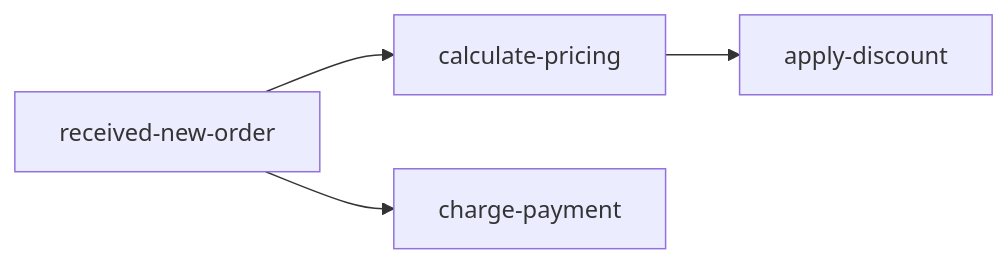
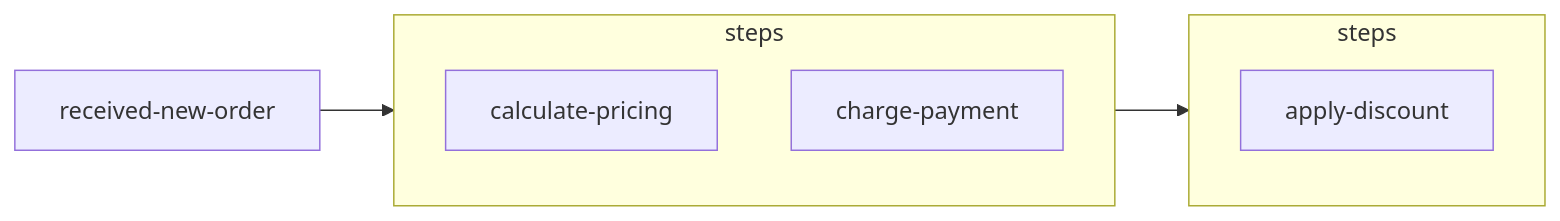
The diagram in README.md (sharetech-labs/logtree), drawn with Mermaid before and after one commit. The commit also changed 2 other files, not shown here.

````diff
--- a/README.md
+++ b/README.md
@@ -73,10 +73,15 @@
 ```mermaid
 graph LR
     root["received-new-order"]
-    n1["calculate-pricing"]
-    n2["apply-discount"]
-    n3["charge-payment"]
-    root --> n1
-    root --> n3
-    n1 --> n2
+    subgraph sg_root["steps"]
+        direction TB
+        n1["calculate-pricing"]
+        n3["charge-payment"]
+    end
+    root --> sg_root
+    subgraph sg_n1["steps"]
+        direction TB
+        n2["apply-discount"]
+    end
+    n1 --> sg_n1
 ```
````
